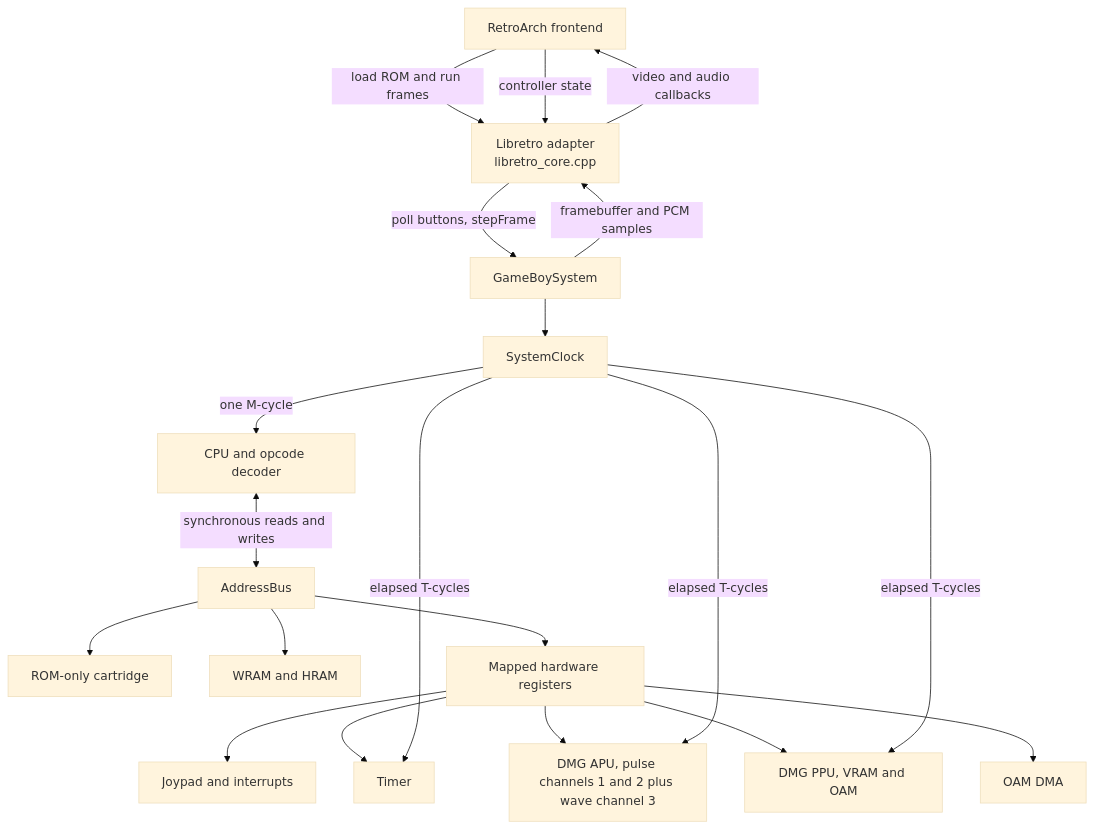
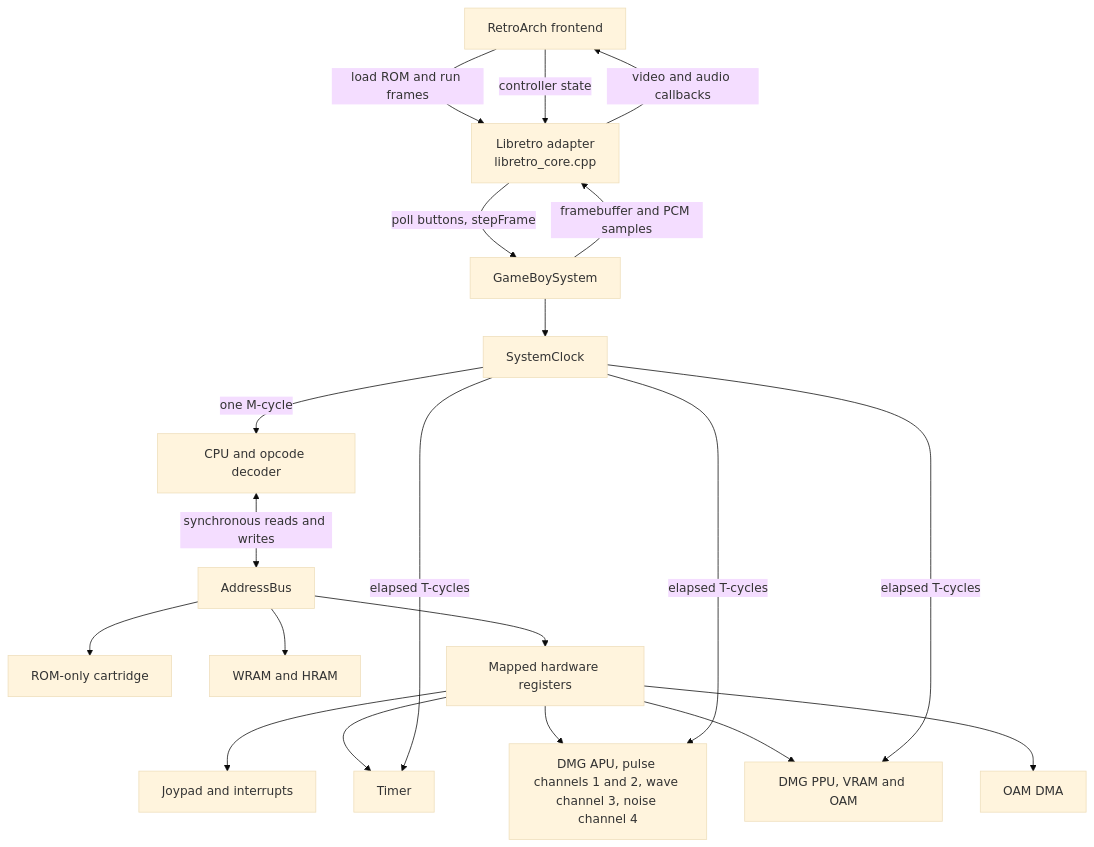
The diagram in docs/architecture.md (jiayeli-hualien/LotusGB), drawn with Mermaid (base theme) before and after one commit. The commit also changed other lines of this file and 5 other files, not shown here.

Commit message:
Add DMG APU noise channel

````diff
--- a/docs/architecture.md
+++ b/docs/architecture.md
@@ -13,26 +13,26 @@
 ```mermaid
 flowchart TD
     RA[RetroArch frontend] -->|load ROM and run frames| LR[Libretro adapter<br/>libretro_core.cpp]
     RA -->|controller state| LR
     LR -->|poll buttons, stepFrame| SYS[GameBoySystem]
 
     SYS --> CLOCK[SystemClock]
     CLOCK -->|one M-cycle| CPU[CPU and opcode decoder]
     CPU <-->|synchronous reads and writes| BUS[AddressBus]
 
     BUS --> CART[ROM-only cartridge]
     BUS --> RAM[WRAM and HRAM]
     BUS --> IO[Mapped hardware registers]
     IO --> JOY[Joypad and interrupts]
     IO --> TIMER[Timer]
-    IO --> APU[DMG APU, pulse channels 1 and 2 plus wave channel 3]
+    IO --> APU[DMG APU, pulse channels 1 and 2, wave channel 3, noise channel 4]
     IO --> PPU[DMG PPU, VRAM and OAM]
     IO --> DMA[OAM DMA]
 
     CLOCK -->|elapsed T-cycles| TIMER
     CLOCK -->|elapsed T-cycles| APU
     CLOCK -->|elapsed T-cycles| PPU
 
     SYS -->|framebuffer and PCM samples| LR
     LR -->|video and audio callbacks| RA
 ```
````
